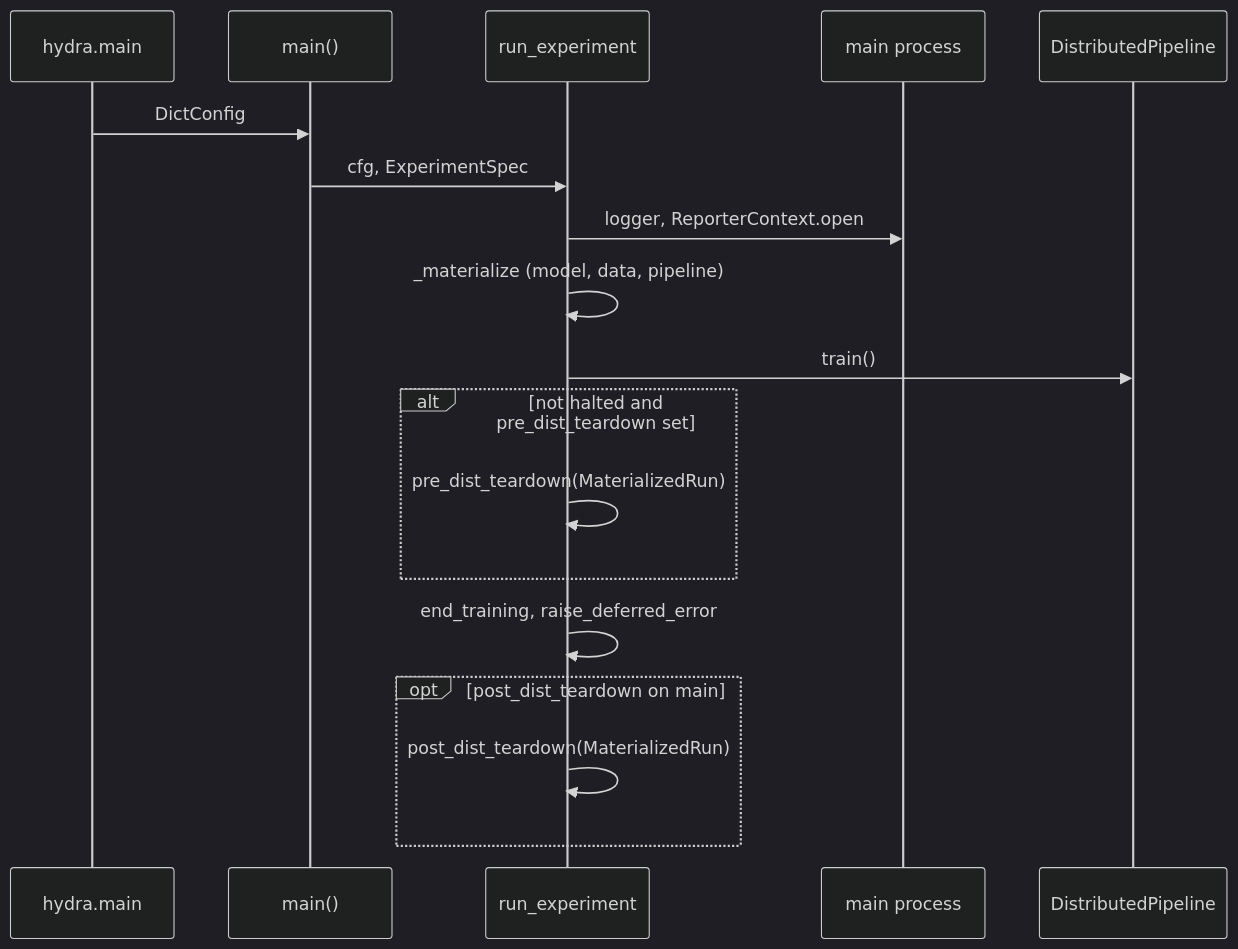
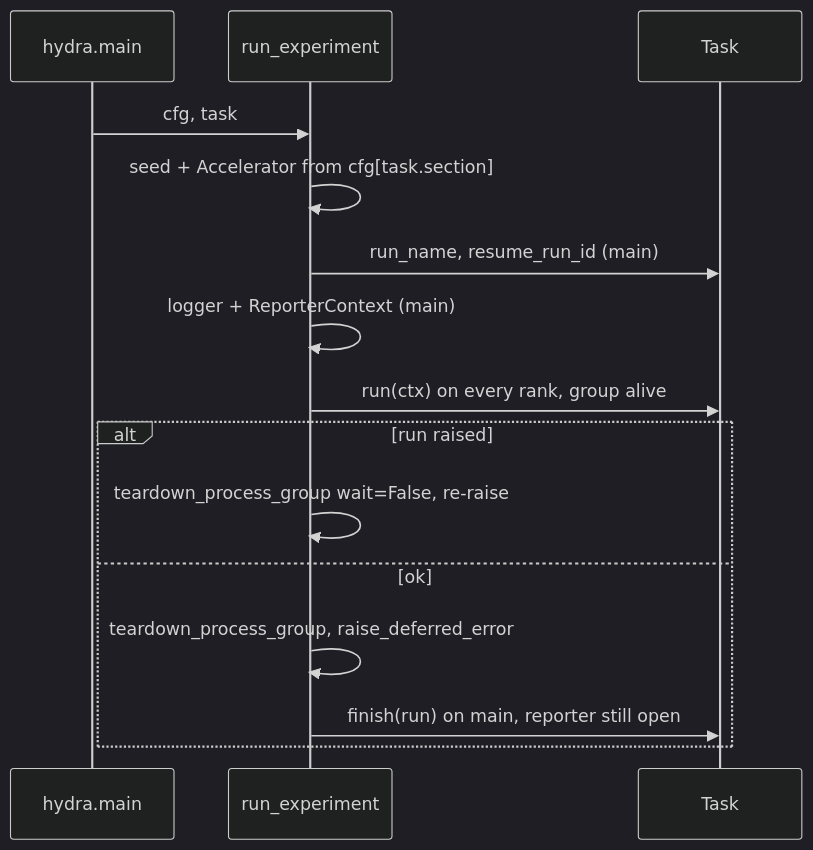
Before and after one commit to zeroDtree/mlkit: the diagram in docs/experiment.md, drawn with Mermaid (dark theme). The commit also changed other lines of this file and 77 other files, not shown here.

````diff
--- a/docs/experiment.md
+++ b/docs/experiment.md
@@ -9,20 +9,17 @@
 ```mermaid
 sequenceDiagram
     participant Hydra as hydra.main
-    participant Main as main()
     participant Run as run_experiment
-    participant MainProc as main process
-    participant Pipe as DistributedPipeline
-  Hydra ->> Main: DictConfig
-    Main ->> Run: cfg, ExperimentSpec
-    Run ->> MainProc: logger, ReporterContext.open
-    Run ->> Run: _materialize (model, data, pipeline)
-    Run ->> Pipe: train()
-    alt not halted and pre_dist_teardown set
-        Run ->> Run: pre_dist_teardown(MaterializedRun)
-    end
-    Run ->> Run: end_training, raise_deferred_error
-    opt post_dist_teardown on main
-        Run ->> Run: post_dist_teardown(MaterializedRun)
+    participant Task as Task
+  Hydra ->> Run: cfg, task
+    Run ->> Run: seed + Accelerator from cfg[task.section]
+    Run ->> Task: run_name, resume_run_id (main)
+    Run ->> Run: logger + ReporterContext (main)
+    Run ->> Task: run(ctx) on every rank, group alive
+    alt run raised
+        Run ->> Run: teardown_process_group wait=False, re-raise
+    else ok
+        Run ->> Run: teardown_process_group, raise_deferred_error
+        Run ->> Task: finish(run) on main, reporter still open
     end
 ```
````
